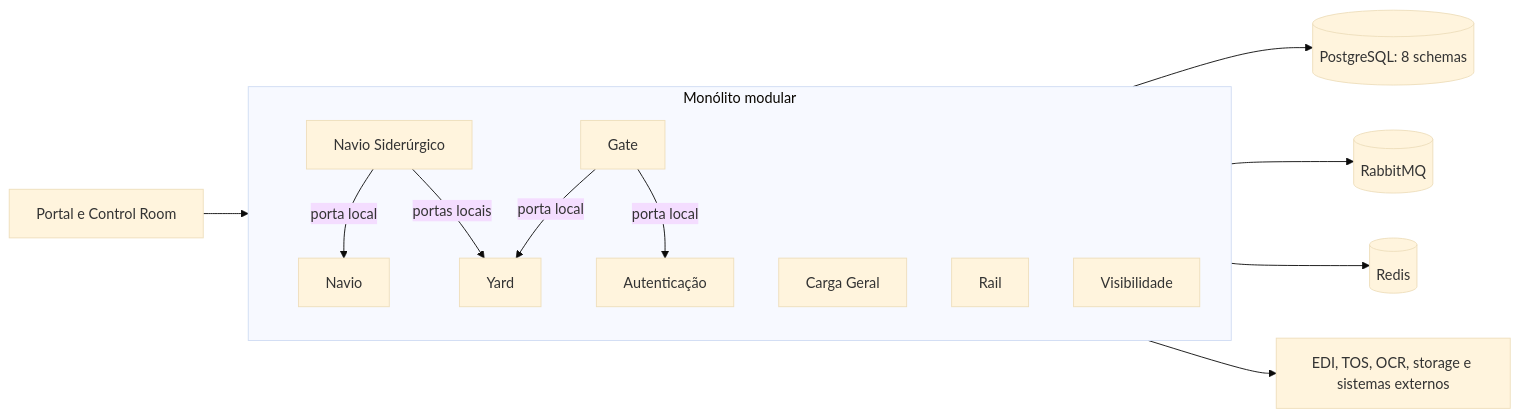
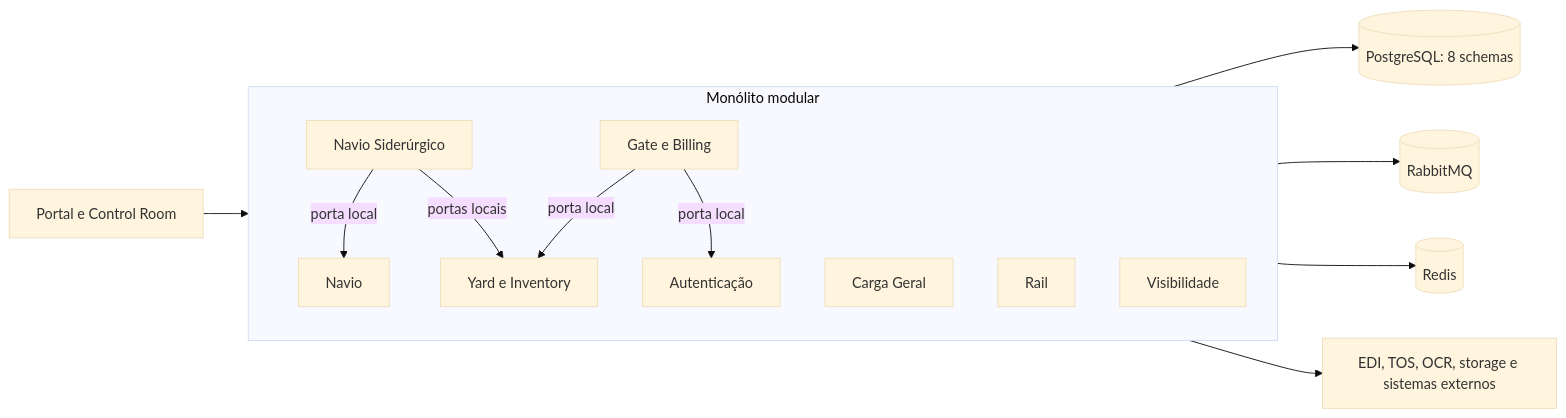
Before and after one commit to diogo2806/CloudPort: the diagram in README.md, drawn with Mermaid (base theme). The commit also changed other lines of this file, not shown here.

````diff
--- a/README.md
+++ b/README.md
@@ -50,25 +72,25 @@
 ```mermaid
 flowchart LR
     FE[Portal e Control Room] --> API[cloudport-runtime :8080]
 
     subgraph API[Monólito modular]
         AUTH[Autenticação]
         CGO[Carga Geral]
-        GATE[Gate]
+        GATE[Gate e Billing]
         RAIL[Rail]
-        YARD[Yard]
+        YARD[Yard e Inventory]
         NAVIO[Navio]
         SID[Navio Siderúrgico]
         VIS[Visibilidade]
 
         SID -->|porta local| NAVIO
         SID -->|portas locais| YARD
         GATE -->|porta local| YARD
         GATE -->|porta local| AUTH
     end
 
     API --> PG[(PostgreSQL: 8 schemas)]
     API --> MQ[(RabbitMQ)]
     API --> REDIS[(Redis)]
     API --> EXT[EDI, TOS, OCR, storage e sistemas externos]
 ```
````
